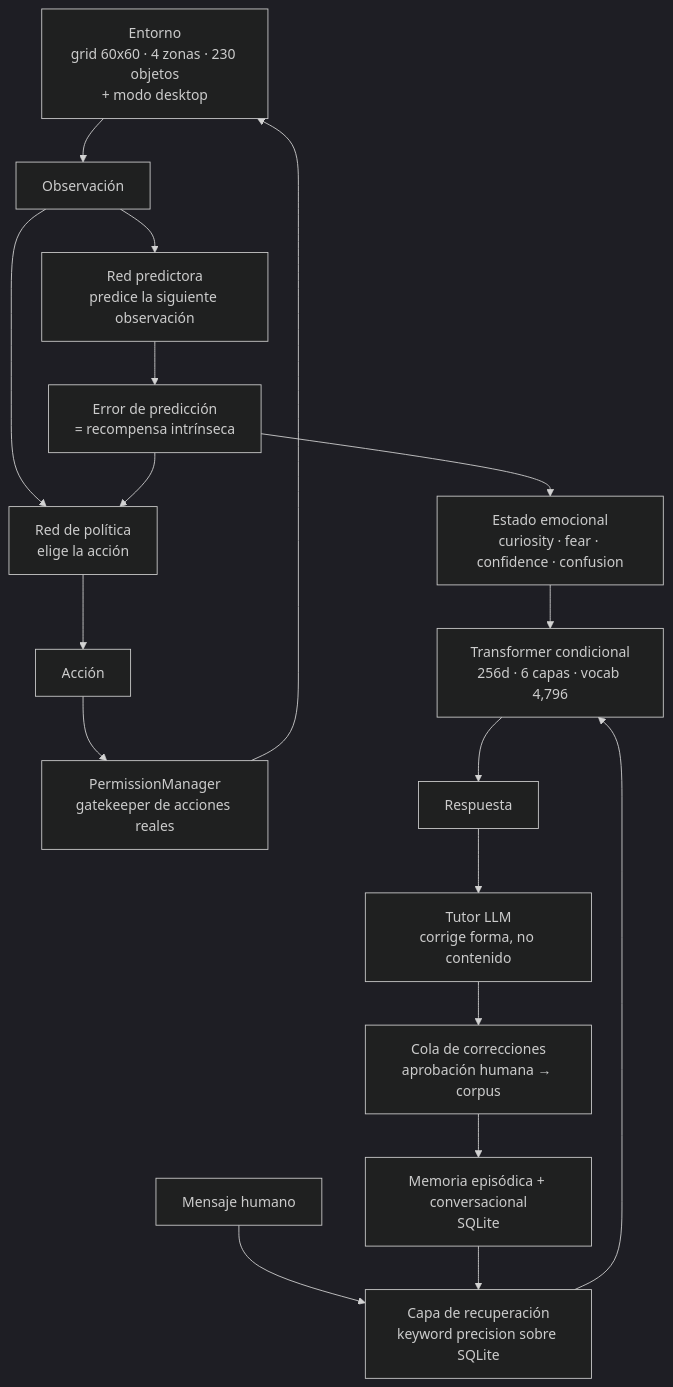
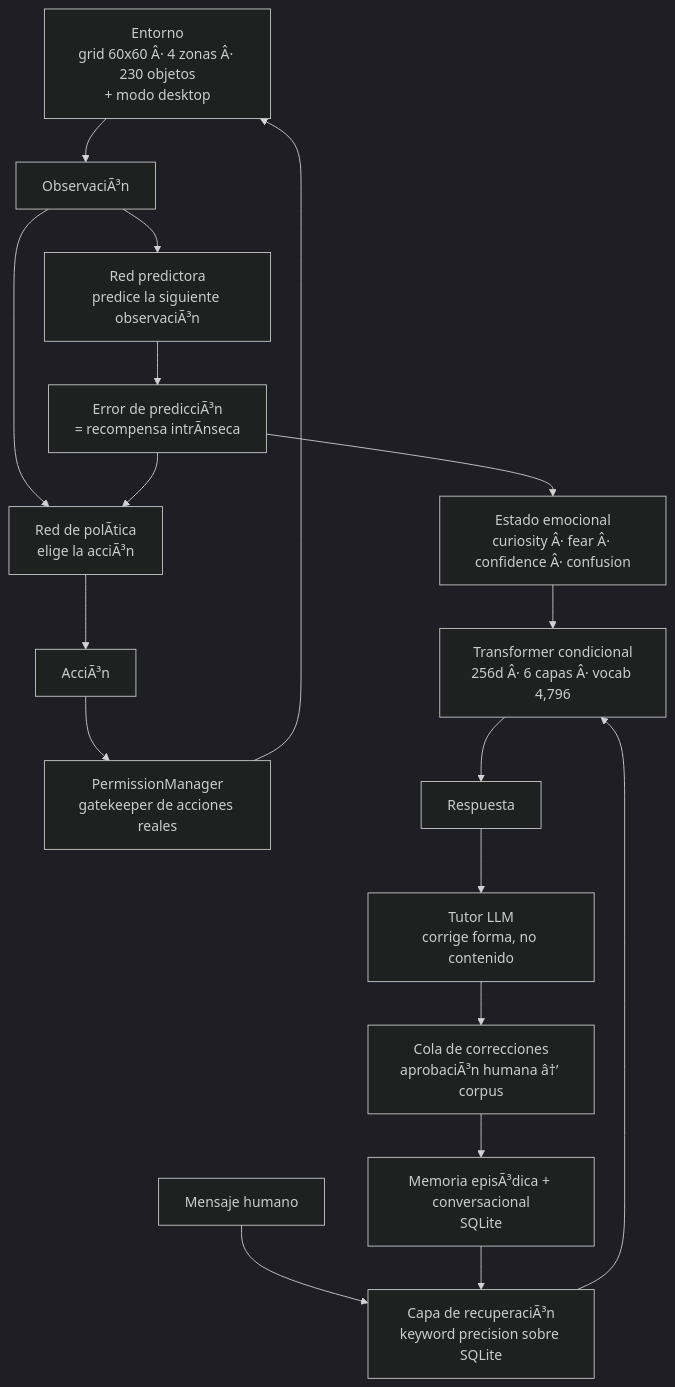
The diagram in README.md (Gab1toX/maberyk), drawn with Mermaid (dark theme) before and after one commit. The commit also changed other lines of this file, not shown here.

````diff
--- a/README.md
+++ b/README.md
@@ -17,21 +17,21 @@
 ```mermaid
 graph TD
-    ENV["Entorno<br/>grid 60x60 · 4 zonas · 230 objetos<br/>+ modo desktop"] --> OBS[Observación]
-    OBS --> PRED["Red predictora<br/>predice la siguiente observación"]
-    OBS --> POL["Red de política<br/>elige la acción"]
-    PRED --> ERR["Error de predicción<br/>= recompensa intrínseca"]
+    ENV["Entorno<br/>grid 60x60 Â· 4 zonas Â· 230 objetos<br/>+ modo desktop"] --> OBS[ObservaciÃ³n]
+    OBS --> PRED["Red predictora<br/>predice la siguiente observaciÃ³n"]
+    OBS --> POL["Red de polÃ­tica<br/>elige la acciÃ³n"]
+    PRED --> ERR["Error de predicciÃ³n<br/>= recompensa intrÃ­nseca"]
     ERR --> POL
-    POL --> ACT[Acción]
+    POL --> ACT[AcciÃ³n]
     ACT --> PERM["PermissionManager<br/>gatekeeper de acciones reales"]
     PERM --> ENV
-    ERR --> EMO["Estado emocional<br/>curiosity · fear · confidence · confusion"]
+    ERR --> EMO["Estado emocional<br/>curiosity Â· fear Â· confidence Â· confusion"]
 
-    HUM[Mensaje humano] --> RET["Capa de recuperación<br/>keyword precision sobre SQLite"]
-    RET --> LM["Transformer condicional<br/>256d · 6 capas · vocab 4,796"]
+    HUM[Mensaje humano] --> RET["Capa de recuperaciÃ³n<br/>keyword precision sobre SQLite"]
+    RET --> LM["Transformer condicional<br/>256d Â· 6 capas Â· vocab 4,796"]
     LM --> RESP[Respuesta]
     EMO --> LM
-    MEM["Memoria episódica + conversacional<br/>SQLite"] --> RET
+    MEM["Memoria episÃ³dica + conversacional<br/>SQLite"] --> RET
     RESP --> TUT["Tutor LLM<br/>corrige forma, no contenido"]
-    TUT --> QUEUE["Cola de correcciones<br/>aprobación humana → corpus"]
+    TUT --> QUEUE["Cola de correcciones<br/>aprobaciÃ³n humana â†’ corpus"]
     QUEUE --> MEM
 ```
````
